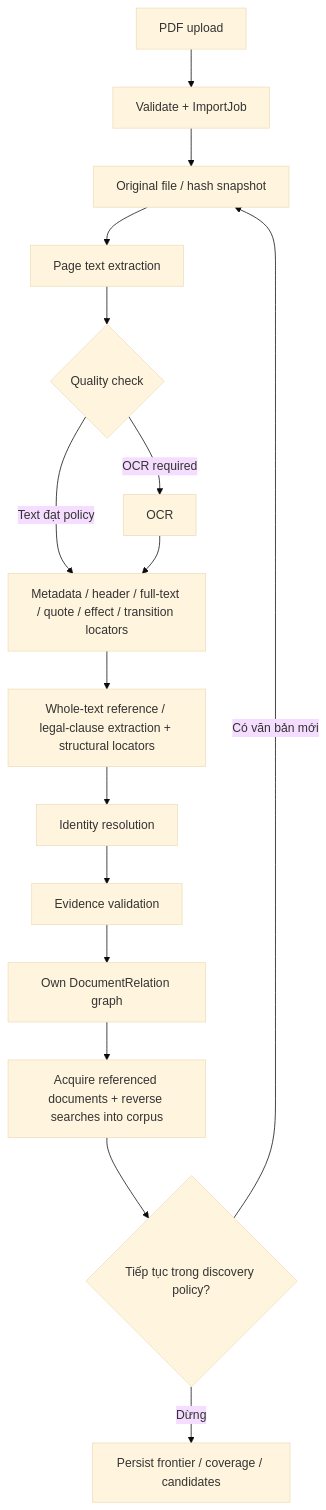
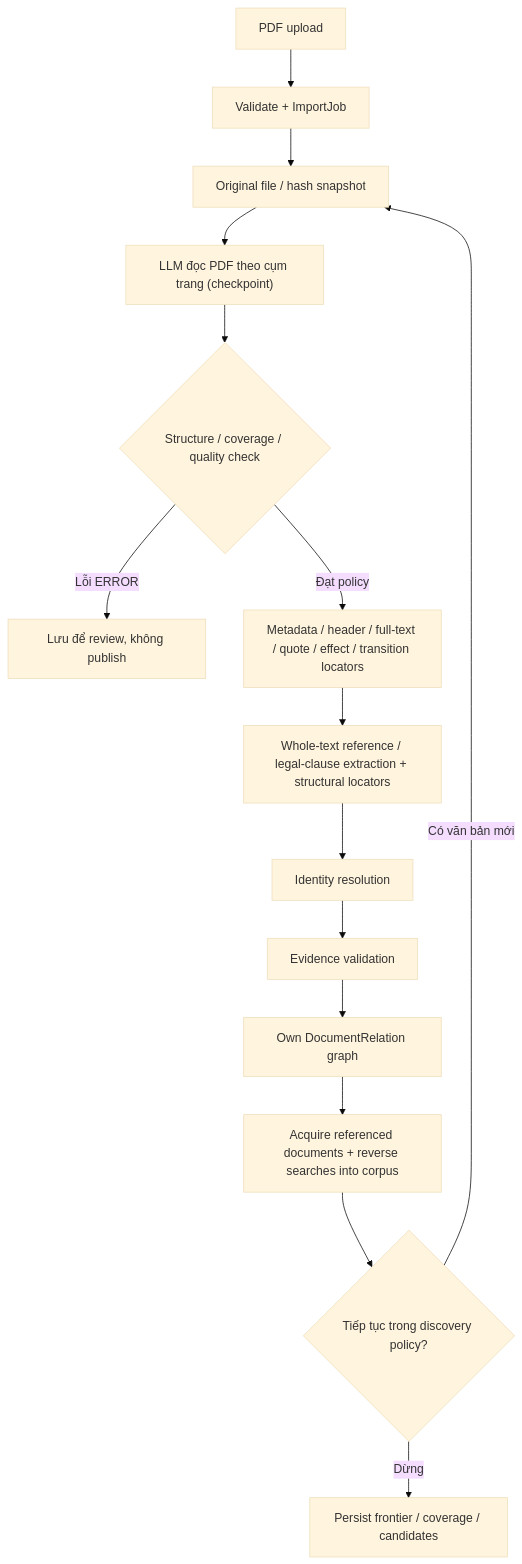
Before and after one commit to NamPE286/INT3011E_6: diagram 22 of 44 in docs/srs.md, drawn with Mermaid (base theme). The commit also changed other lines of this file and 1 other file, not shown here.

First line of the commit message:
docs(srs): align with LLM-only PDF reading and the implemented MCP tools

````diff
--- a/docs/srs.md
+++ b/docs/srs.md
@@ -1736,18 +1743,17 @@
 ```mermaid
 flowchart TB
     PDF["PDF upload"] --> Validate["Validate + ImportJob"]
     Validate --> Snapshot["Original file / hash snapshot"]
-    Snapshot --> Text["Page text extraction"]
-    Text --> Quality{"Quality check"}
-    Quality -->|"OCR required"| OCR["OCR"]
-    Quality -->|"Text đạt policy"| Locators["Metadata / header / full-text / quote / effect / transition locators"]
-    OCR --> Locators
+    Snapshot --> Text["LLM đọc PDF theo cụm trang (checkpoint)"]
+    Text --> Quality{"Structure / coverage / quality check"}
+    Quality -->|"Lỗi ERROR"| Review["Lưu để review, không publish"]
+    Quality -->|"Đạt policy"| Locators["Metadata / header / full-text / quote / effect / transition locators"]
     Locators --> Extract["Whole-text reference / legal-clause extraction + structural locators"]
     Extract --> Identity["Identity resolution"]
     Identity --> Evidence["Evidence validation"]
     Evidence --> Graph["Own DocumentRelation graph"]
     Graph --> Discover["Acquire referenced documents + reverse searches into corpus"]
     Discover --> Policy{"Tiếp tục trong discovery policy?"}
     Policy -->|"Có văn bản mới"| Snapshot
     Policy -->|"Dừng"| Save["Persist frontier / coverage / candidates"]
 ```
````
